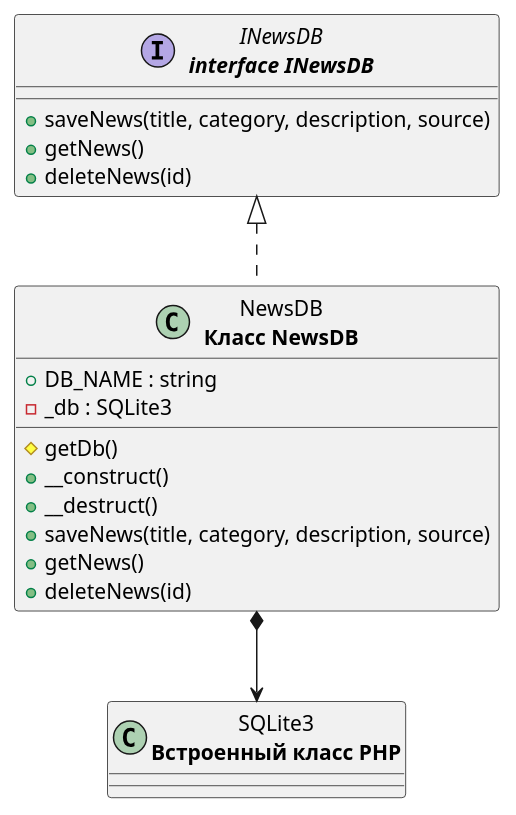
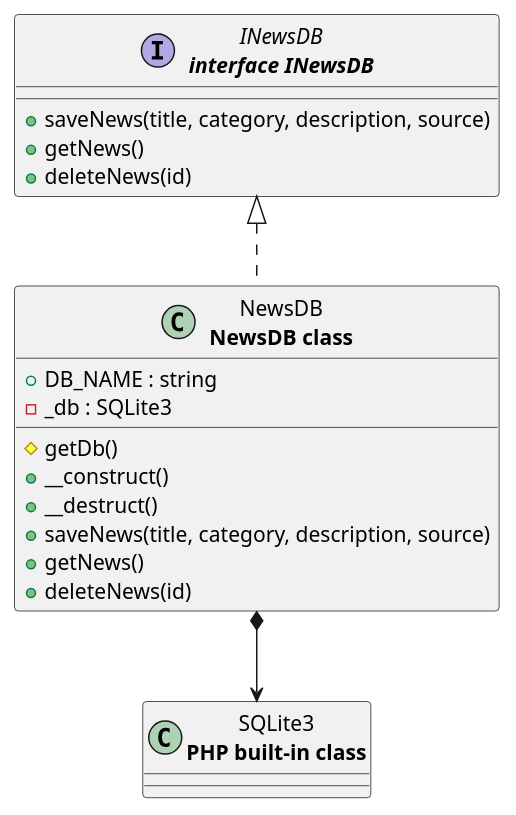
The diagram in lab3/diagrams/news_diagram.puml (Danila-Efremov/web), drawn with PlantUML before and after one commit.

```diff
--- a/lab3/diagrams/news_diagram.puml
+++ b/lab3/diagrams/news_diagram.puml
@@ -1,23 +1,23 @@
 @startuml class-diagram
   interface "INewsDB\n<b>interface INewsDB</b>" as INewsDB {
     +saveNews(title, category, description, source)
     +getNews()
     +deleteNews(id)
   }
 
-  class "NewsDB\n<b>Класс NewsDB</b>" as NewsDB {
+  class "NewsDB\n<b>NewsDB class</b>" as NewsDB {
     +DB_NAME : string
     -_db : SQLite3
     #getDb()
     +__construct()
     +__destruct()
     +saveNews(title, category, description, source)
     +getNews()
     +deleteNews(id)
   }
 
-  class "SQLite3\n<b>Встроенный класс PHP</b>" as SQLite3
+  class "SQLite3\n<b>PHP built-in class</b>" as SQLite3
 
   INewsDB <|.. NewsDB
   NewsDB *--> SQLite3
 @enduml
```
